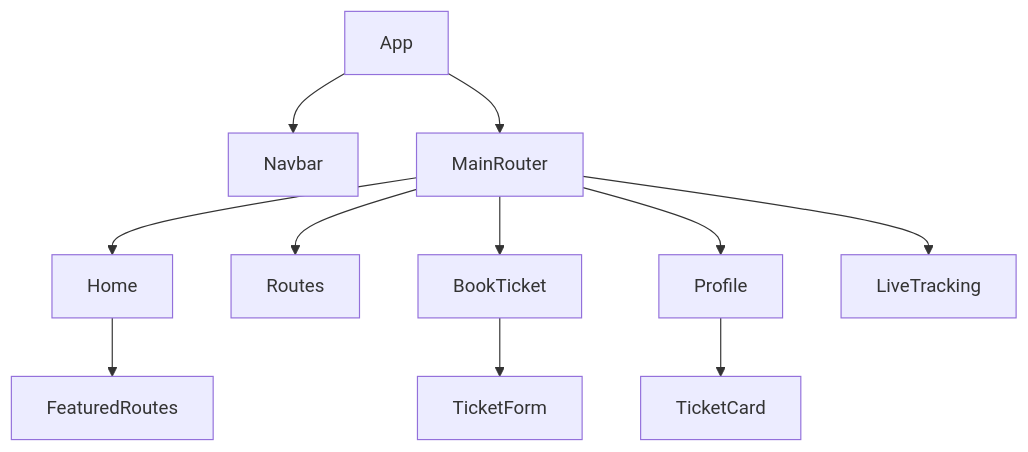
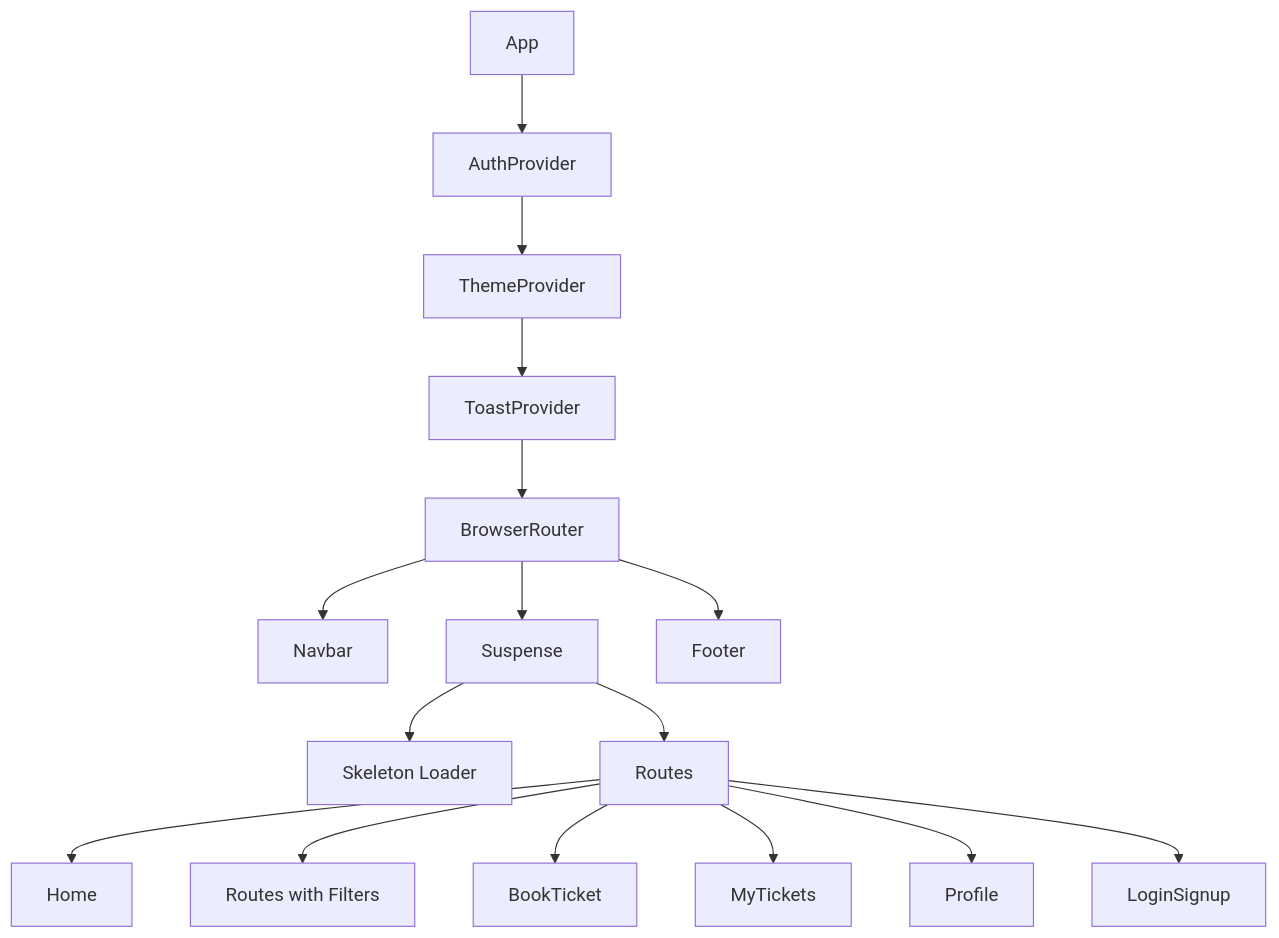
The second of 2 diagrams in README.md (KGFCH2/BharatBus), drawn with Mermaid before and after one commit. The commit also changed other lines of this file, not shown here.

````diff
--- a/README.md
+++ b/README.md
@@ -157,13 +317,18 @@
 ```mermaid
 flowchart TB
-  App --> Navbar
-  App --> MainRouter
-  MainRouter --> Home
-  MainRouter --> Routes
-  MainRouter --> BookTicket
-  MainRouter --> Profile
-  MainRouter --> LiveTracking
-  Home --> FeaturedRoutes
-  BookTicket --> TicketForm
-  Profile --> TicketCard
+  App --> AuthProvider
+  AuthProvider --> ThemeProvider
+  ThemeProvider --> ToastProvider
+  ToastProvider --> BrowserRouter
+  BrowserRouter --> Navbar
+  BrowserRouter --> Suspense
+  Suspense --> PageLoader[Skeleton Loader]
+  Suspense --> Routes
+  Routes --> Home
+  Routes --> RoutesPage[Routes with Filters]
+  Routes --> BookTicket
+  Routes --> MyTickets
+  Routes --> Profile
+  Routes --> LoginSignup
+  BrowserRouter --> Footer
 ```
````
